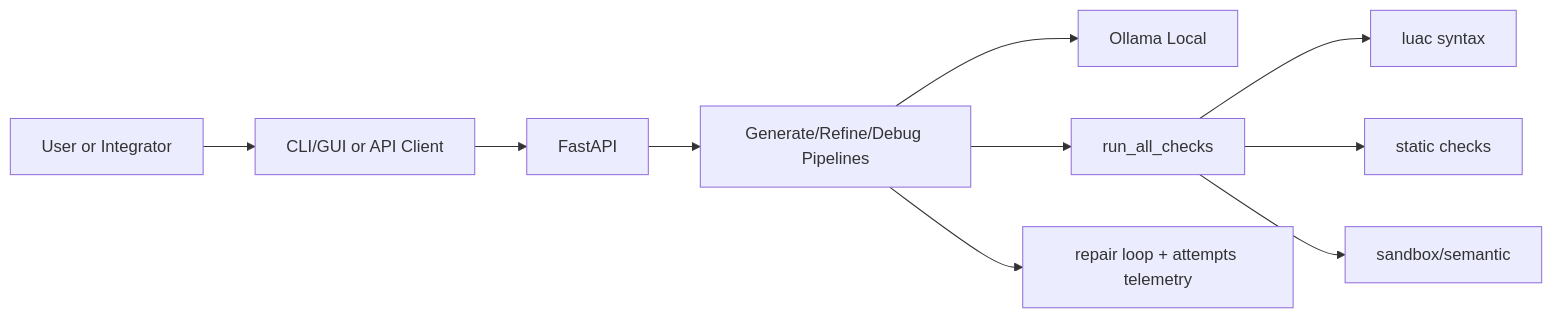
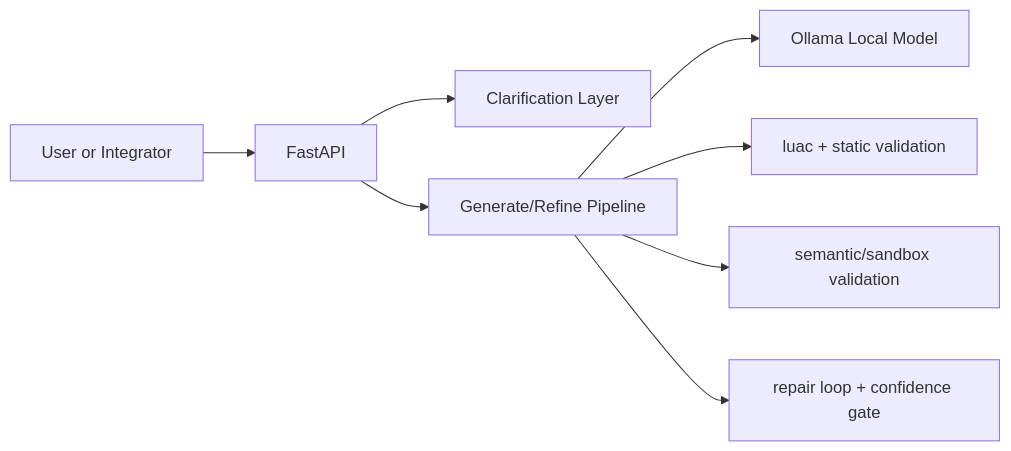
One commit to KAVNSK/lua_code_local_generator changed the diagram in README.md. Above: the diagram before and after it, drawn with Mermaid. The commit also changed other lines of this file and 36 other files, not shown here.

````diff
--- a/README.md
+++ b/README.md
@@ -44,12 +48,10 @@
 ```mermaid
 flowchart LR
-  U[User or Integrator] --> C[CLI/GUI or API Client]
-  C --> API[FastAPI]
-  API --> G[Generate/Refine/Debug Pipelines]
-  G --> OLL[Ollama Local]
-  G --> CHK[run_all_checks]
-  CHK --> SYN[luac syntax]
-  CHK --> STA[static checks]
-  CHK --> SB[sandbox/semantic]
-  G --> REP[repair loop + attempts telemetry]
+  U[User or Integrator] --> API[FastAPI]
+  API --> CL[Clarification Layer]
+  API --> PL[Generate/Refine Pipeline]
+  PL --> OLL[Ollama Local Model]
+  PL --> VAL[luac + static validation]
+  PL --> SEM[semantic/sandbox validation]
+  PL --> REP[repair loop + confidence gate]
 ```
````
